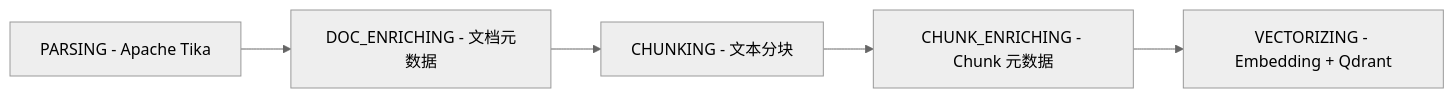
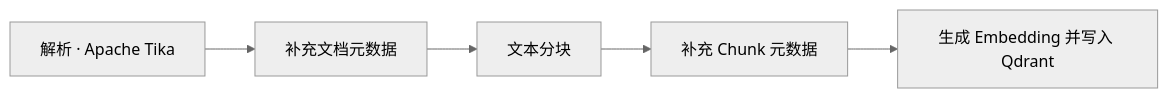
One commit to NDAKJin/travel-agent changed the third of 3 diagrams in README.md. Above: the diagram before and after it, drawn with Mermaid (neutral theme). The commit also changed other lines of this file and 1102 other files, not shown here.

````diff
--- a/README.md
+++ b/README.md
@@ -187,8 +149,7 @@
 ```mermaid
 flowchart LR
-    parser["PARSING - Apache Tika"]
-    parser --> doc["DOC_ENRICHING - 文档元数据"]
-    doc --> chunk["CHUNKING - 文本分块"]
-    chunk --> chunkMeta["CHUNK_ENRICHING - Chunk 元数据"]
-    chunkMeta --> vector["VECTORIZING - Embedding + Qdrant"]
+    parsing[解析 · Apache Tika] --> doc[补充文档元数据]
+    doc --> chunk[文本分块]
+    chunk --> chunkMeta[补充 Chunk 元数据]
+    chunkMeta --> vector[生成 Embedding 并写入 Qdrant]
 ```
````
